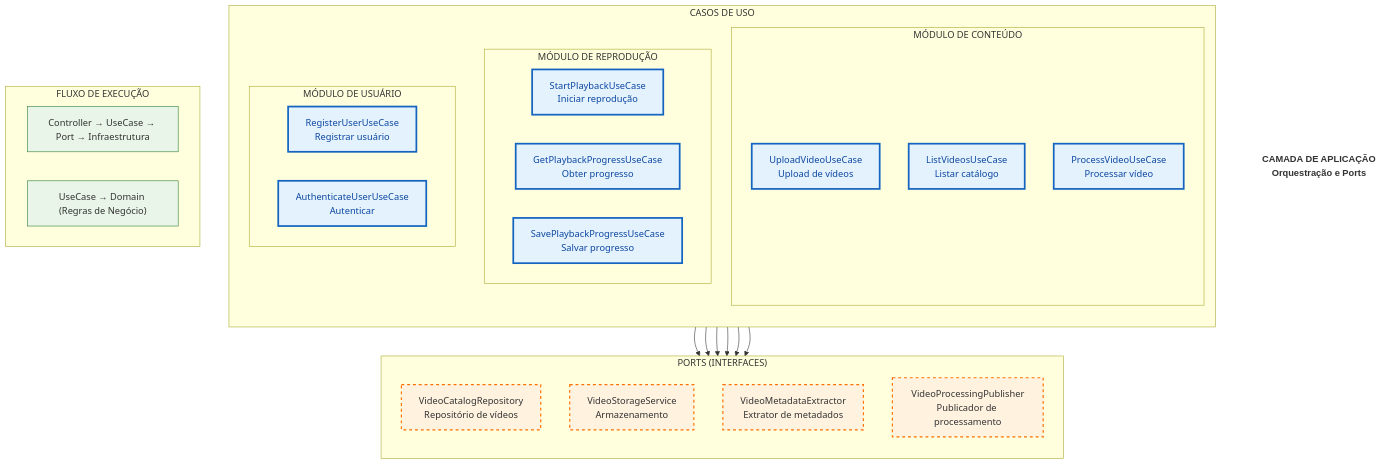
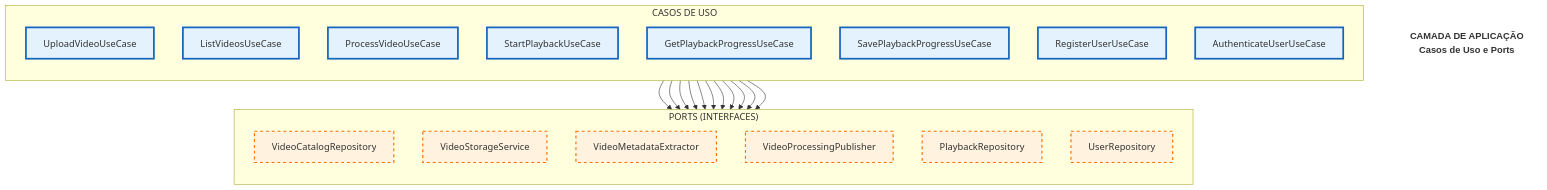
The second of 5 diagrams in README.md (LuisNunes301/Video-Streaming-Platform), drawn with Mermaid before and after one commit. The commit also changed other lines of this file and 9 other files, not shown here.

Commit message:
fix readme, + add new endpoint to get a date of video, improve docker

````diff
--- a/README.md
+++ b/README.md
@@ -50,53 +50,49 @@
 ```mermaid
 graph TB
-    title["CAMADA DE APLICAÇÃO<br/>Orquestração e Ports"]
+    title["CAMADA DE APLICAÇÃO<br/>Casos de Uso e Ports"]
     style title fill:#fff,stroke:none,font-family:Arial,font-size:16px,font-weight:bold
 
-    subgraph Aplicacao["CASOS DE USO"]
+    subgraph UseCases["CASOS DE USO"]
         direction TB
         
-        subgraph Content["MÓDULO DE CONTEÚDO"]
-            AC1["UploadVideoUseCase<br/>Upload de vídeos"]
-            AC2["ListVideosUseCase<br/>Listar catálogo"]
-            AC3["ProcessVideoUseCase<br/>Processar vídeo"]
-        end
+        UC1["UploadVideoUseCase"]
+        UC2["ListVideosUseCase"]
+        UC3["ProcessVideoUseCase"]
         
-        subgraph Playback["MÓDULO DE REPRODUÇÃO"]
-            AP1["StartPlaybackUseCase<br/>Iniciar reprodução"]
-            AP2["GetPlaybackProgressUseCase<br/>Obter progresso"]
-            AP3["SavePlaybackProgressUseCase<br/>Salvar progresso"]
-        end
+        UP1["StartPlaybackUseCase"]
+        UP2["GetPlaybackProgressUseCase"]
+        UP3["SavePlaybackProgressUseCase"]
         
-        subgraph User["MÓDULO DE USUÁRIO"]
-            AU1["RegisterUserUseCase<br/>Registrar usuário"]
-            AU2["AuthenticateUserUseCase<br/>Autenticar"]
-        end
+        UU1["RegisterUserUseCase"]
+        UU2["AuthenticateUserUseCase"]
     end
 
     subgraph Ports["PORTS (INTERFACES)"]
         direction TB
-        P1["VideoCatalogRepository<br/>Repositório de vídeos"]
-        P2["VideoStorageService<br/>Armazenamento"]
-        P3["VideoMetadataExtractor<br/>Extrator de metadados"]
-        P4["VideoProcessingPublisher<br/>Publicador de processamento"]
+        P1["VideoCatalogRepository"]
+        P2["VideoStorageService"]
+        P3["VideoMetadataExtractor"]
+        P4["VideoProcessingPublisher"]
+        P5["PlaybackRepository"]
+        P6["UserRepository"]
     end
 
-    subgraph Fluxo["FLUXO DE EXECUÇÃO"]
-        F1["Controller → UseCase → Port → Infraestrutura"]
-        F2["UseCase → Domain (Regras de Negócio)"]
-    end
+    UC1 --> P1 & P2 & P4
+    UC2 --> P1
+    UC3 --> P1 & P3
+    
+    UP1 --> P5
+    UP2 --> P5
+    UP3 --> P5
+    
+    UU1 --> P6
+    UU2 --> P6
 
-    AC1 --> P1 & P2 & P4
-    AC2 --> P1
-    AC3 --> P1 & P3
+    classDef usecase fill:#e3f2fd,stroke:#1565c0,stroke-width:3px
+    classDef ports fill:#fff3e0,stroke:#ff6f00,stroke-width:2px,stroke-dasharray: 5 5
     
-    classDef titulo fill:#fff,stroke:none
-    classDef usecase fill:#e3f2fd,stroke:#1565c0,stroke-width:3px,color:#0d47a1
-    classDef ports fill:#fff3e0,stroke:#ff6f00,stroke-width:2px,stroke-dasharray: 5 5
-    classDef fluxo fill:#e8f5e8,stroke:#2e7d32,stroke-width:1px
-    
-    class AC1,AC2,AC3,AP1,AP2,AP3,AU1,AU2 usecase
-    class P1,P2,P3,P4 ports
-    class F1,F2 fluxo
+    class UC1,UC2,UC3,UP1,UP2,UP3,UU1,UU2 usecase
+    class P1,P2,P3,P4,P5,P6 ports
+
 
 ```
````
